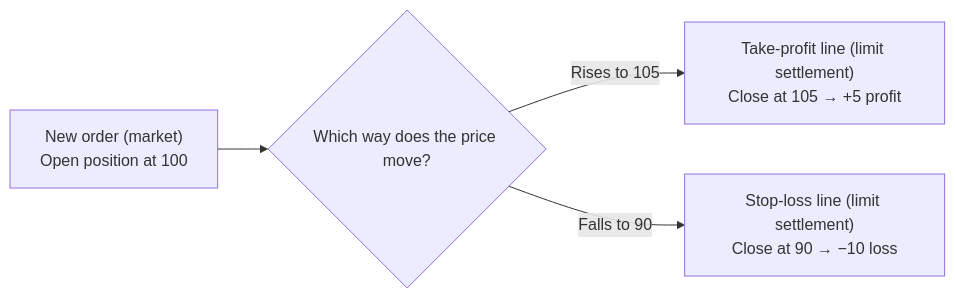
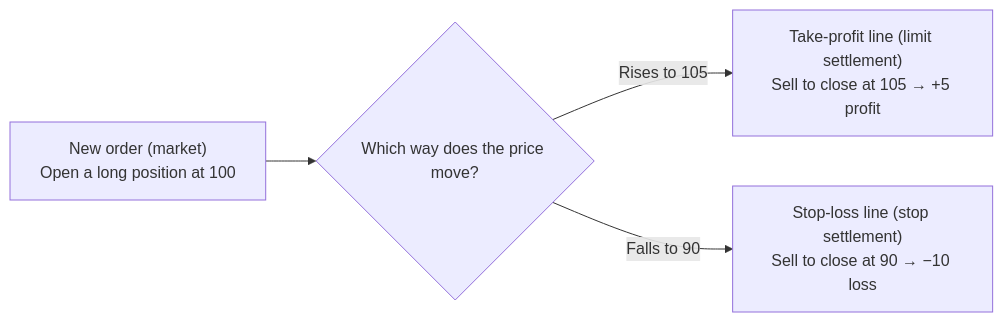
Before and after one commit to annarosalees/finance-notes: the diagram in notes/cfd-basics.en.md, drawn with Mermaid. The commit also changed other lines of this file and 1 other file, not shown here.

````diff
--- a/notes/cfd-basics.en.md
+++ b/notes/cfd-basics.en.md
@@ -469,6 +511,6 @@
 ```mermaid
 graph LR
-    A["New order (market)<br/>Open position at 100"] --> B{Which way does the price move?}
-    B -->|Rises to 105| C["Take-profit line (limit settlement)<br/>Close at 105 → +5 profit"]
-    B -->|Falls to 90| D["Stop-loss line (limit settlement)<br/>Close at 90 → −10 loss"]
+    A["New order (market)<br/>Open a long position at 100"] --> B{Which way does the price move?}
+    B -->|Rises to 105| C["Take-profit line (limit settlement)<br/>Sell to close at 105 → +5 profit"]
+    B -->|Falls to 90| D["Stop-loss line (stop settlement)<br/>Sell to close at 90 → −10 loss"]
 ```
````
